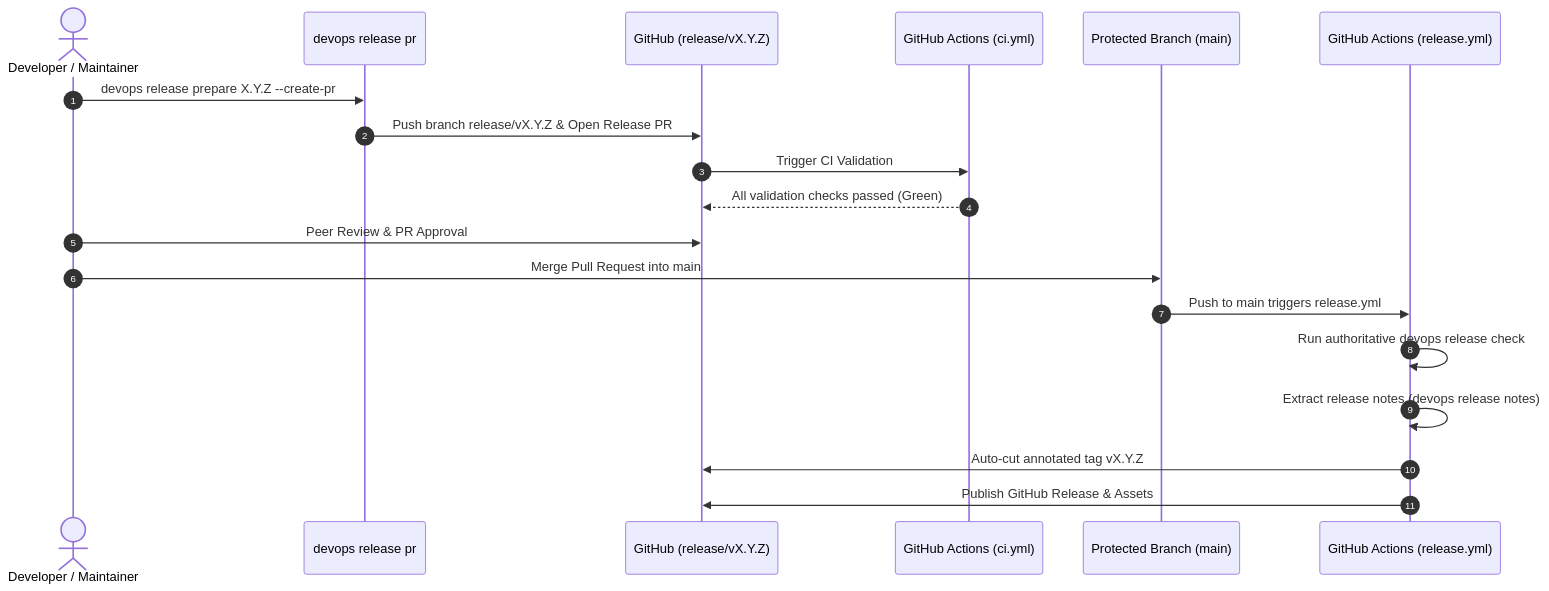
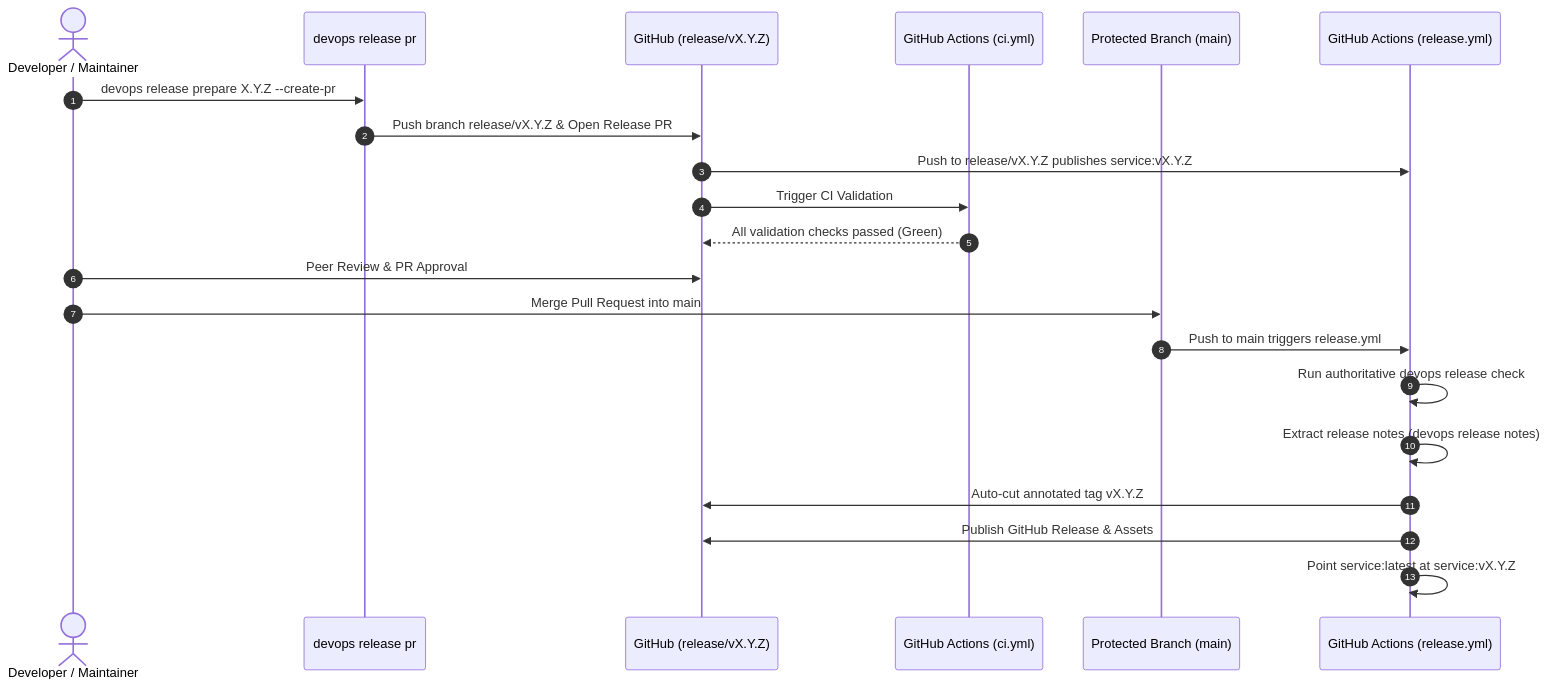
The second of 2 diagrams in RELEASE_CYCLE.md (dan-petty/devops-cli), drawn with Mermaid before and after one commit. The commit also changed other lines of this file and 245 other files, not shown here.

````diff
--- a/RELEASE_CYCLE.md
+++ b/RELEASE_CYCLE.md
@@ -153,22 +153,24 @@
 ```mermaid
 sequenceDiagram
     autonumber
     actor Dev as Developer / Maintainer
     participant CLI as devops release pr
     participant Git as GitHub (release/vX.Y.Z)
     participant CI as GitHub Actions (ci.yml)
     participant Main as Protected Branch (main)
     participant Rel as GitHub Actions (release.yml)
 
     Dev->>CLI: devops release prepare X.Y.Z --create-pr
     CLI->>Git: Push branch release/vX.Y.Z & Open Release PR
+    Git->>Rel: Push to release/vX.Y.Z publishes service:vX.Y.Z
     Git->>CI: Trigger CI Validation
     CI-->>Git: All validation checks passed (Green)
     Dev->>Git: Peer Review & PR Approval
     Dev->>Main: Merge Pull Request into main
     Main->>Rel: Push to main triggers release.yml
     Rel->>Rel: Run authoritative devops release check
     Rel->>Rel: Extract release notes (devops release notes)
     Rel->>Git: Auto-cut annotated tag vX.Y.Z
     Rel->>Git: Publish GitHub Release & Assets
+    Rel->>Rel: Point service:latest at service:vX.Y.Z
 ```
````
